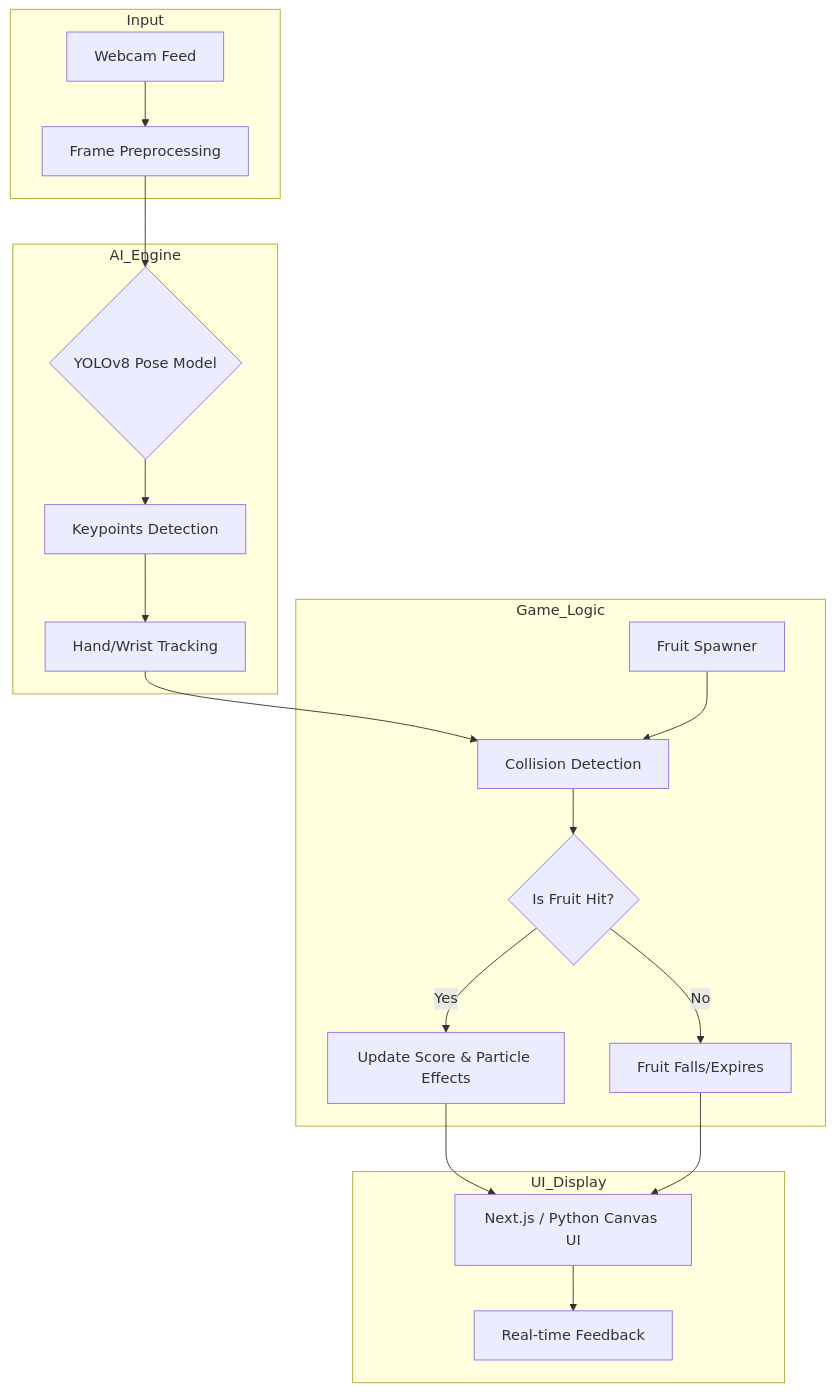
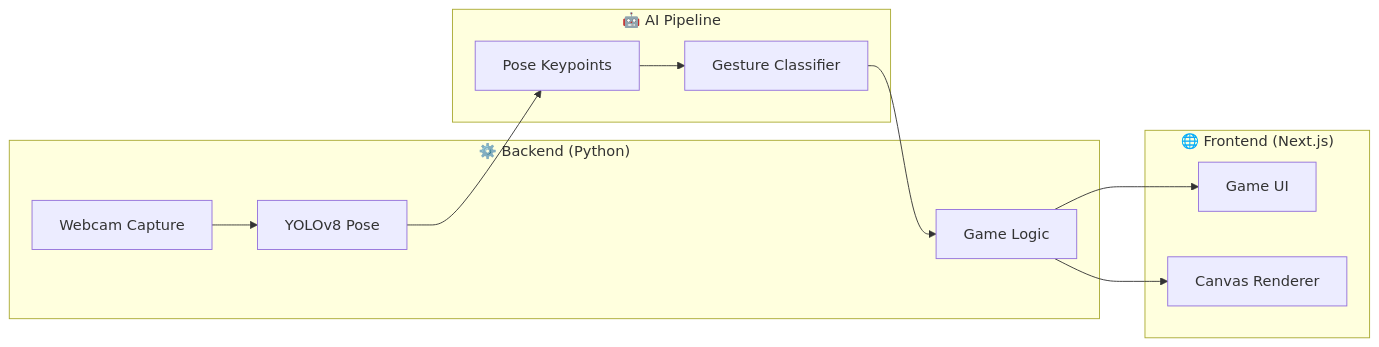
Before and after one commit to watcharaponthod-code/Ninja_fruit: the second of 2 diagrams in README.md, drawn with Mermaid. The commit also changed other lines of this file and 1 other file, not shown here.

Commit message:
Add demo video and ML data flow diagram to README

````diff
--- a/README.md
+++ b/README.md
@@ -10,26 +79,22 @@
 ```mermaid
-graph TD
-    subgraph Input
-        A[Webcam Feed] --> B[Frame Preprocessing]
+flowchart LR
+    subgraph Frontend["🌐 Frontend (Next.js)"]
+        UI[Game UI]
+        Canvas[Canvas Renderer]
     end
 
-    subgraph AI_Engine
-        B --> C{YOLOv8 Pose Model}
-        C --> D[Keypoints Detection]
-        D --> E[Hand/Wrist Tracking]
+    subgraph Backend["⚙️ Backend (Python)"]
+        Webcam[Webcam Capture]
+        YOLO[YOLOv8 Pose]
+        Logic[Game Logic]
     end
 
-    subgraph Game_Logic
-        E --> F[Collision Detection]
-        G[Fruit Spawner] --> F
-        F --> H{Is Fruit Hit?}
-        H -- Yes --> I[Update Score & Particle Effects]
-        H -- No --> J[Fruit Falls/Expires]
+    subgraph AI["🤖 AI Pipeline"]
+        Pose[Pose Keypoints]
+        Gesture[Gesture Classifier]
     end
 
-    subgraph UI_Display
-        I --> K[Next.js / Python Canvas UI]
-        J --> K
-        K --> L[Real-time Feedback]
-    end
+    Webcam --> YOLO --> Pose --> Gesture --> Logic
+    Logic --> UI
+    Logic --> Canvas
 ```
````
